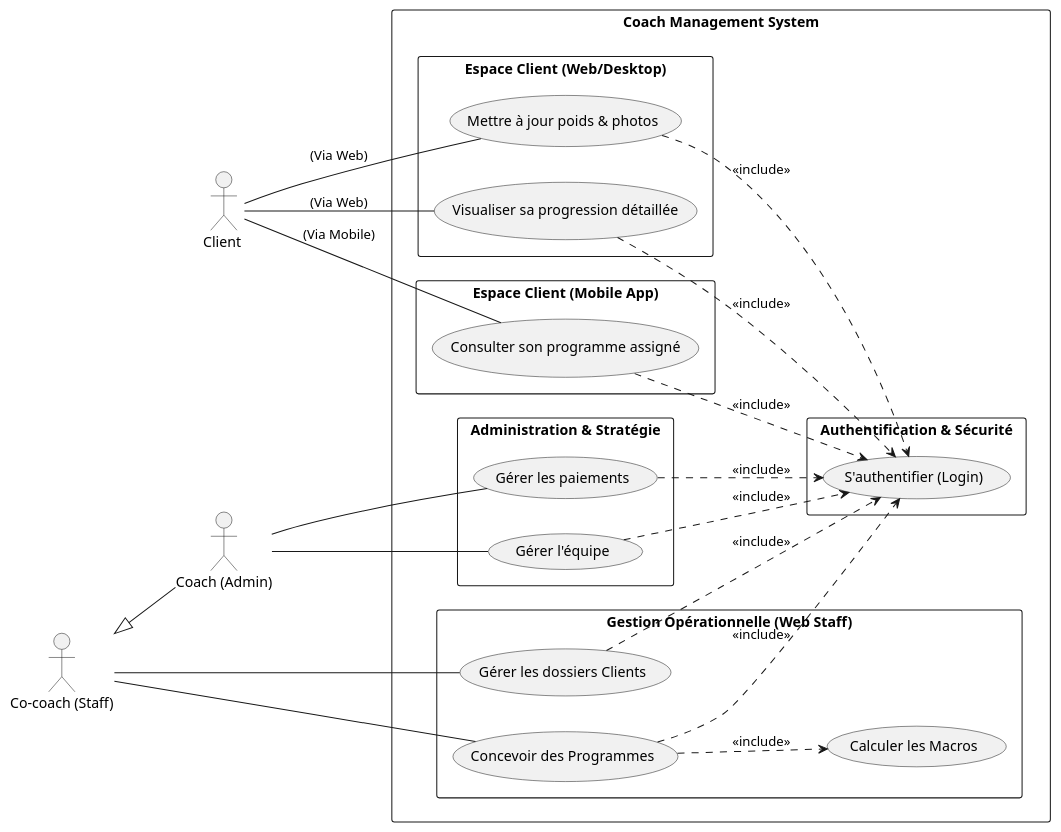
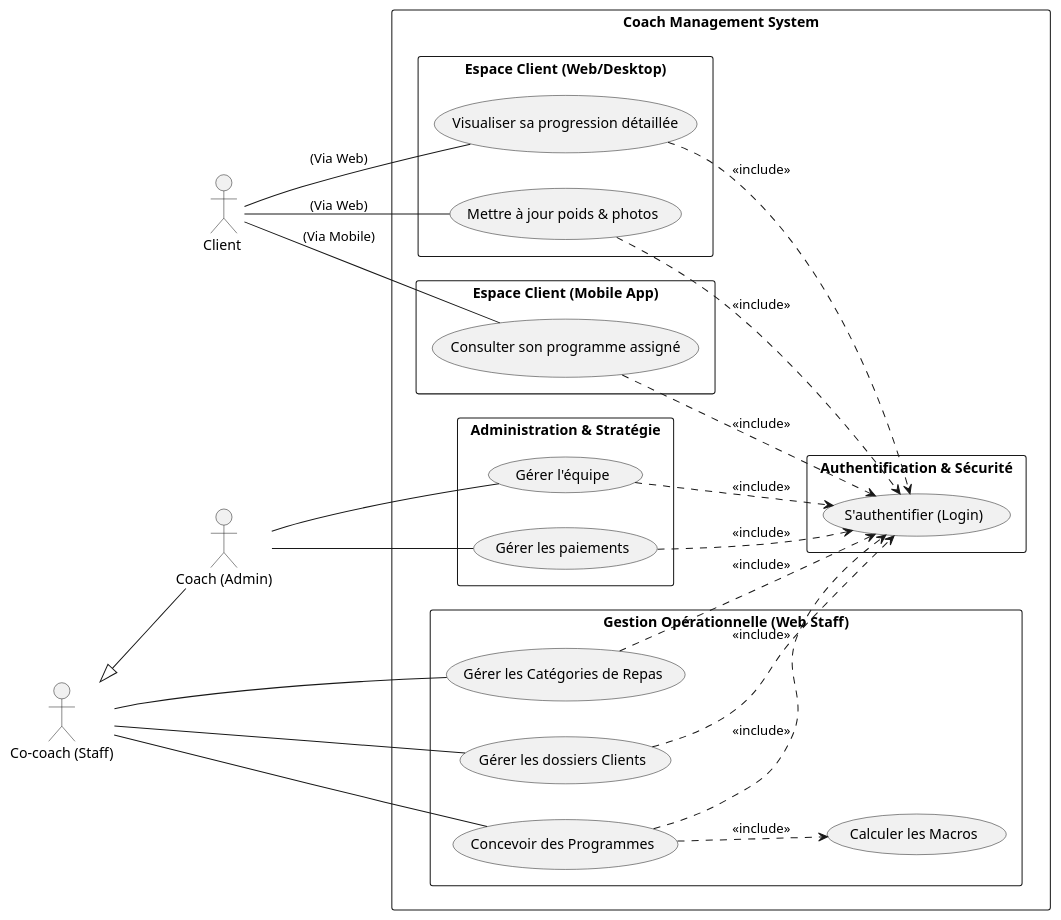
The diagram in Analyse/usecase-diagramme/global-use-case.plantuml (BenTaleb-Mehdi/Project-PFE), drawn with PlantUML before and after one commit. The commit also changed 19 other files, not shown here.

Commit message:
feat: Introduce core UI kit components, initial admin and client application pages, and design documentation with a global use case diagram.

```diff
--- a/Analyse/usecase-diagramme/global-use-case.plantuml
+++ b/Analyse/usecase-diagramme/global-use-case.plantuml
@@ -1,68 +1,68 @@
 @startuml
 left to right direction
 skinparam packageStyle rectangle
 skinparam shadowing false
 
 ' Actors
 actor "Client " as Client
 actor "Co-coach (Staff)" as Staff
 actor "Coach (Admin)" as Admin
 
 ' Hierarchy
 Staff <|-- Admin
 
 rectangle "Coach Management System" {
-  
-
 
   package "Authentification & Sécurité" {
     usecase "S'authentifier (Login)" as Login
   }
 
   package "Espace Client (Web/Desktop)" {
     usecase "Mettre à jour poids & photos" as UpdateStats
     usecase "Visualiser sa progression détaillée" as ViewProgress
     
     UpdateStats ..> Login : <<include>>
     ViewProgress ..> Login : <<include>>
   }
 
   package "Espace Client (Mobile App)" {
     usecase "Consulter son programme assigné" as ViewProg
     
     ViewProg ..> Login : <<include>>
   }
 
   package "Gestion Opérationnelle (Web Staff)" {
     usecase "Gérer les dossiers Clients" as ManageClients
     usecase "Concevoir des Programmes" as DesignProgs
+    usecase "Gérer les Catégories de Repas" as ManageCats
     usecase "Calculer les Macros" as CalcMacros
     
     ManageClients ..> Login : <<include>>
     DesignProgs ..> Login : <<include>>
+    ManageCats ..> Login : <<include>>
     DesignProgs ..> CalcMacros : <<include>>
   }
 
   package "Administration & Stratégie" {
     usecase "Gérer l'équipe" as ManageStaff
     usecase "Gérer les paiements" as ManageMoney
     
     ManageStaff ..> Login : <<include>>
     ManageMoney ..> Login : <<include>>
   }
 }
 
-
 ' Client access split by platform
 Client -- ViewProg : "(Via Mobile)"
 Client -- UpdateStats : "(Via Web)"
 Client -- ViewProgress : "(Via Web)"
 
 ' Staff & Admin
 Staff -- ManageClients
 Staff -- DesignProgs
+Staff -- ManageCats
 
 Admin -- ManageStaff
 Admin -- ManageMoney
 
 @enduml
```
